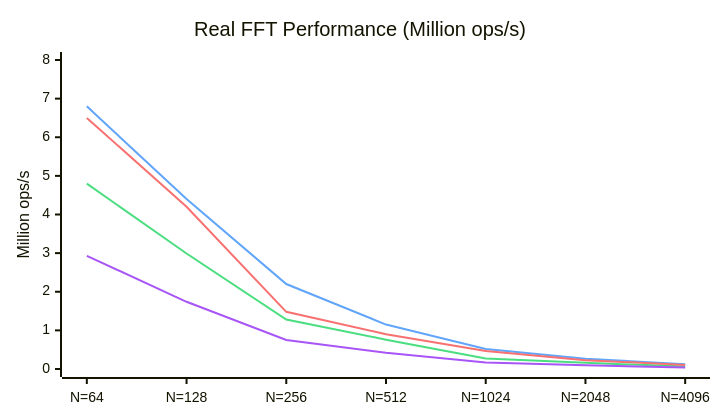
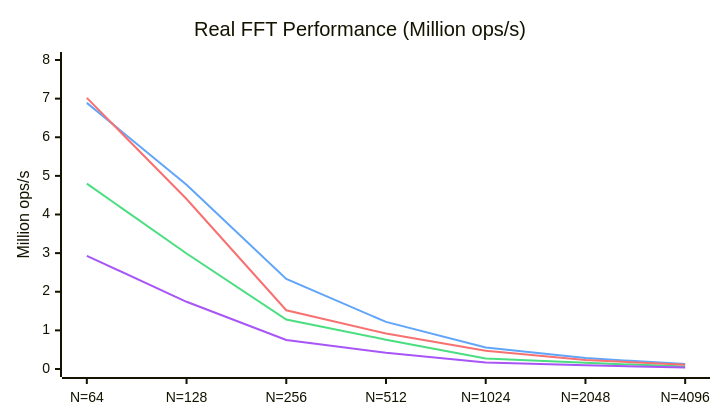
Before and after one commit to EmNudge/wat-fft: the second of 2 diagrams in README.md, drawn with Mermaid. The commit also changed other lines of this file and 4 other files, not shown here.

````diff
--- a/README.md
+++ b/README.md
@@ -59,19 +59,19 @@
 ```mermaid
 ---
 config:
     xyChart:
         width: 700
         height: 400
     themeVariables:
         xyChart:
             plotColorPalette: "#4ade80, #60a5fa, #f87171, #a855f7"
 ---
 xychart-beta
     title "Real FFT Performance (Million ops/s)"
     x-axis [N=64, N=128, N=256, N=512, N=1024, N=2048, N=4096]
     y-axis "Million ops/s" 0 --> 8
     line [4.80, 2.99, 1.28, 0.76, 0.27, 0.16, 0.062]
-    line [6.80, 4.40, 2.20, 1.15, 0.52, 0.267, 0.121]
-    line [6.50, 4.20, 1.48, 0.90, 0.465, 0.228, 0.106]
+    line [6.89, 4.77, 2.33, 1.22, 0.559, 0.282, 0.127]
+    line [7.02, 4.40, 1.52, 0.92, 0.471, 0.232, 0.108]
     line [2.93, 1.74, 0.75, 0.42, 0.17, 0.094, 0.039]
 ```
````
